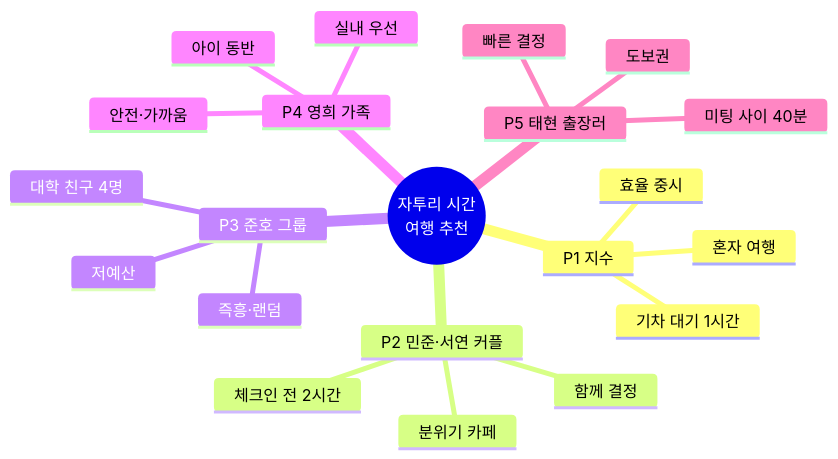
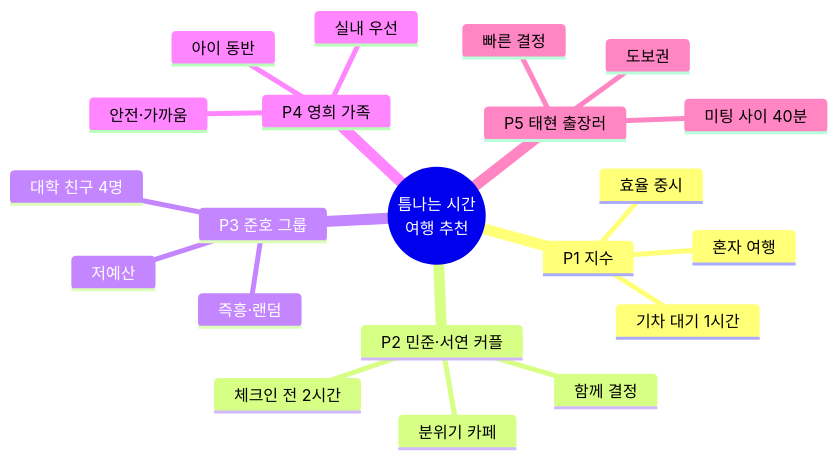
The first of 6 diagrams in docs/personas/user-personas.md (PanzerkampfwagenV/jiranthon2026_lunchtime), drawn with Mermaid before and after one commit. The commit also changed other lines of this file and 22 other files, not shown here.

Commit message:
[docs/app] '자투리 시간' 문구를 '틈나는 시간'으로 통일 - 문서/코드/테스트 전반의 '자투리 시간' 표기를 '틈나는 시간'으로 일괄 변경 - 프론트 UI 해시태그 한국어 라벨 '자투리' → '틈나는'

````diff
--- a/docs/personas/user-personas.md
+++ b/docs/personas/user-personas.md
@@ -10,24 +10,24 @@
 ```mermaid
 mindmap
-  root((자투리 시간<br/>여행 추천))
+  root((틈나는 시간<br/>여행 추천))
     P1 지수
       기차 대기 1시간
       혼자 여행
       효율 중시
     P2 민준·서연 커플
       체크인 전 2시간
       분위기 카페
       함께 결정
     P3 준호 그룹
       대학 친구 4명
       즉흥·랜덤
       저예산
     P4 영희 가족
       아이 동반
       실내 우선
       안전·가까움
     P5 태현 출장러
       미팅 사이 40분
       도보권
       빠른 결정
 ```
````
